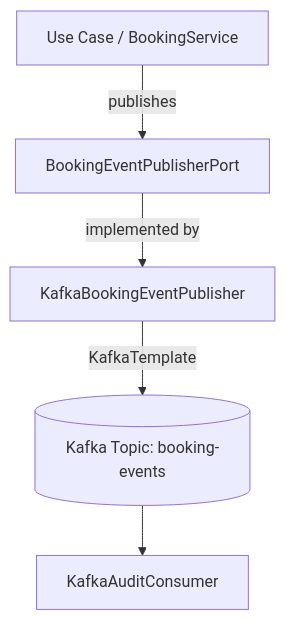
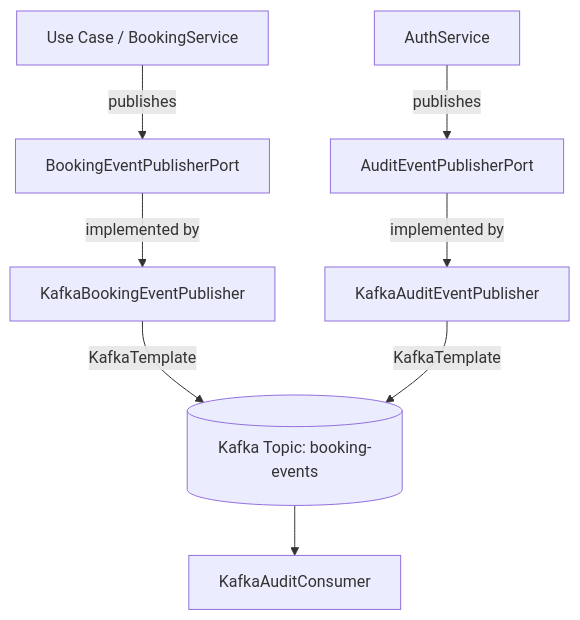
One commit to Danilo-Doria/SkillBridge-AI-JAVA-Angular changed the diagram in docs/kafka.md. Above: the diagram before and after it, drawn with Mermaid. The commit also changed other lines of this file and 40 other files, not shown here.

Commit message:
feat: extend business events for audit kafka

````diff
--- a/docs/kafka.md
+++ b/docs/kafka.md
@@ -21,7 +21,12 @@
 ```mermaid
 flowchart TD
     UC[Use Case / BookingService] --> |publishes| Port[BookingEventPublisherPort]
     Port --> |implemented by| Adapter[KafkaBookingEventPublisher]
     Adapter --> |KafkaTemplate| Topic[(Kafka Topic: booking-events)]
+    
+    Auth[AuthService] --> |publishes| AuditPort[AuditEventPublisherPort]
+    AuditPort --> |implemented by| AuditAdapter[KafkaAuditEventPublisher]
+    AuditAdapter --> |KafkaTemplate| Topic
+    
     Topic --> Consumer[KafkaAuditConsumer]
 ```
````
